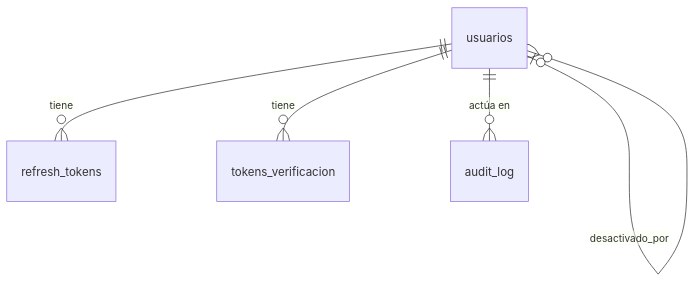
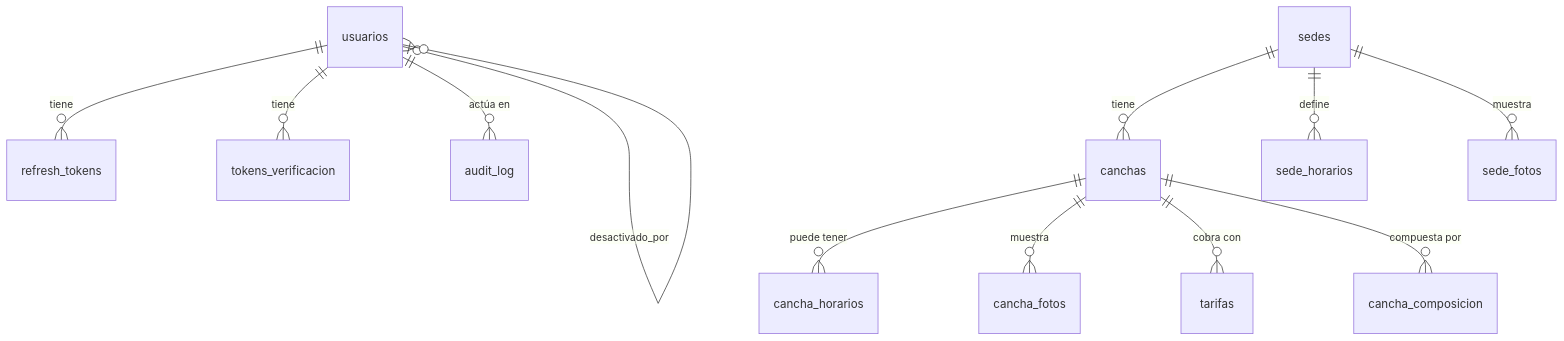
One commit to AlanFati12/goltime changed the diagram in docs/modelo-datos.md. Above: the diagram before and after it, drawn with Mermaid. The commit also changed other lines of this file and 33 other files, not shown here.

First line of the commit message:
feat(frontend): catálogo público y administración de sedes, canchas, tarifas y festivos

````diff
--- a/docs/modelo-datos.md
+++ b/docs/modelo-datos.md
@@ -26,7 +47,14 @@
 ```mermaid
 erDiagram
   usuarios ||--o{ refresh_tokens : "tiene"
   usuarios ||--o{ tokens_verificacion : "tiene"
   usuarios ||--o{ audit_log : "actúa en"
   usuarios |o--o{ usuarios : "desactivado_por"
+  sedes ||--o{ canchas : "tiene"
+  sedes ||--o{ sede_horarios : "define"
+  sedes ||--o{ sede_fotos : "muestra"
+  canchas ||--o{ cancha_horarios : "puede tener"
+  canchas ||--o{ cancha_fotos : "muestra"
+  canchas ||--o{ tarifas : "cobra con"
+  canchas ||--o{ cancha_composicion : "compuesta por"
 ```
````
